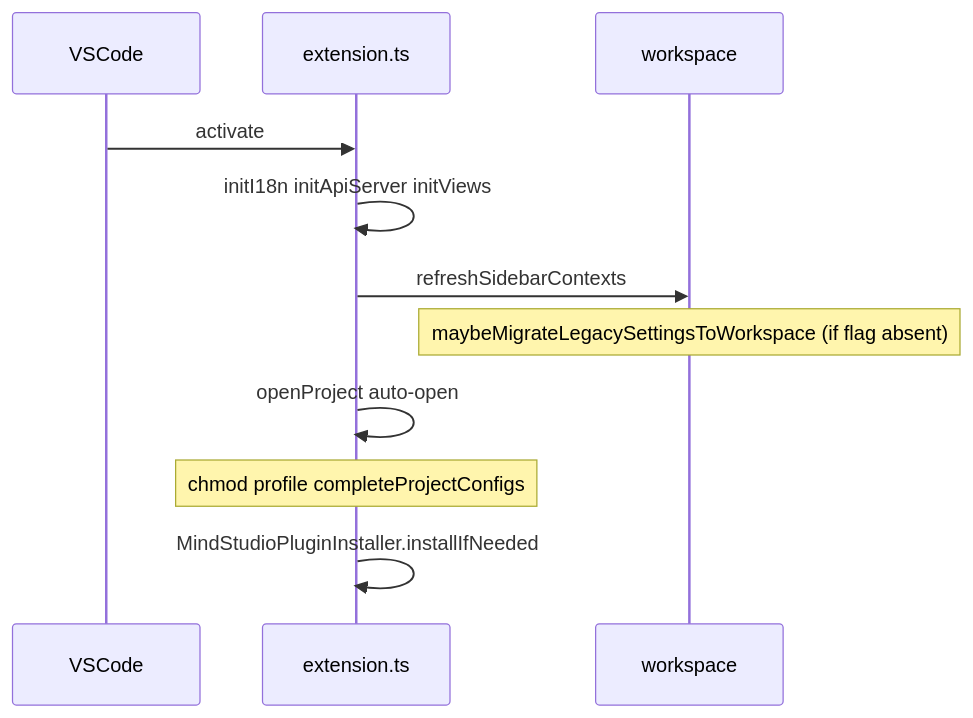
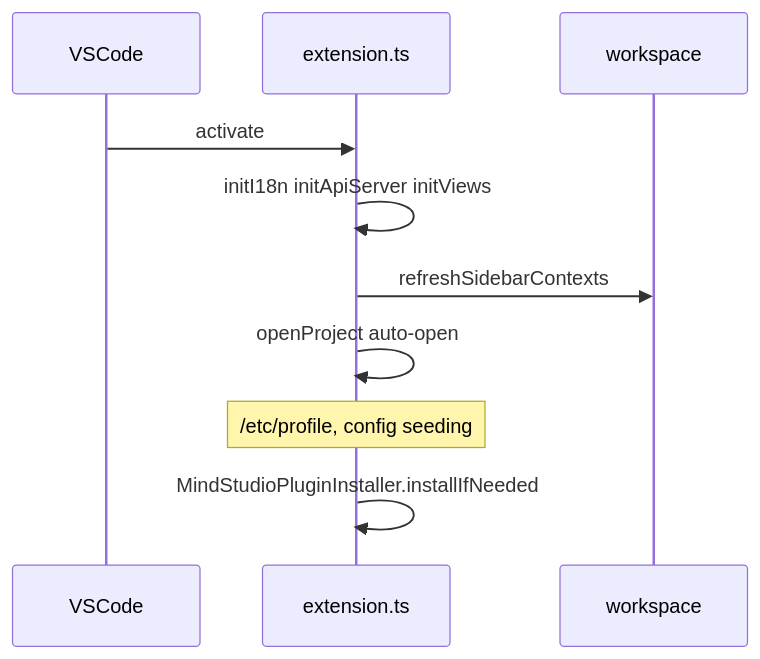
Before and after one commit to IdeFrontend/opdev_plugin: the diagram in docs/user-issues/startup-performance.md, drawn with Mermaid. The commit also changed other lines of this file and 287 other files, not shown here.

First line of the commit message:
settings-first migration: workspace settings + cache.json runtime

````diff
--- a/docs/user-issues/startup-performance.md
+++ b/docs/user-issues/startup-performance.md
@@ -53,13 +52,12 @@
 ```mermaid
 sequenceDiagram
   participant VSCode
   participant Ext as extension.ts
   participant WS as workspace
   VSCode->>Ext: activate
   Ext->>Ext: initI18n initApiServer initViews
   Ext->>WS: refreshSidebarContexts
-  Note over WS: maybeMigrateLegacySettingsToWorkspace (if flag absent)
   Ext->>Ext: openProject auto-open
-  Note over Ext: chmod profile completeProjectConfigs
+  Note over Ext: /etc/profile, config seeding
   Ext->>Ext: MindStudioPluginInstaller.installIfNeeded
 ```
````
